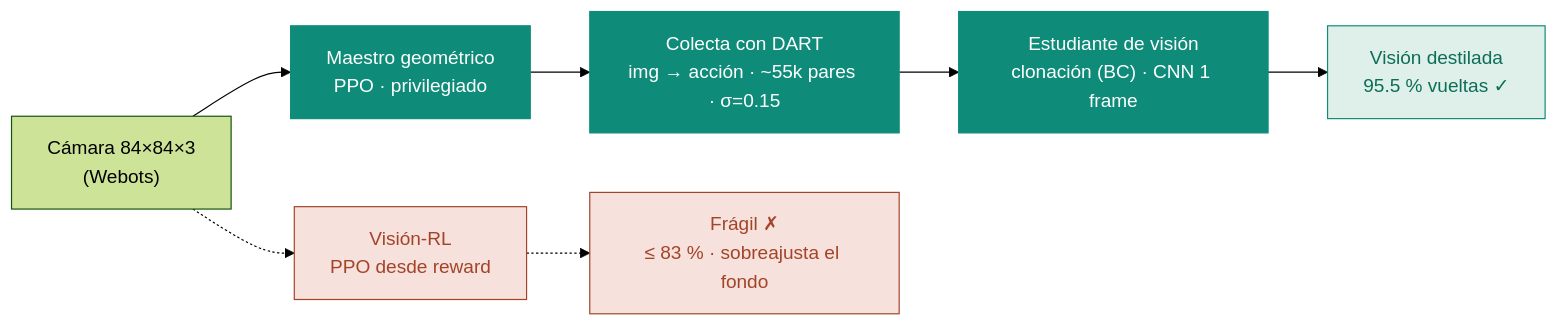
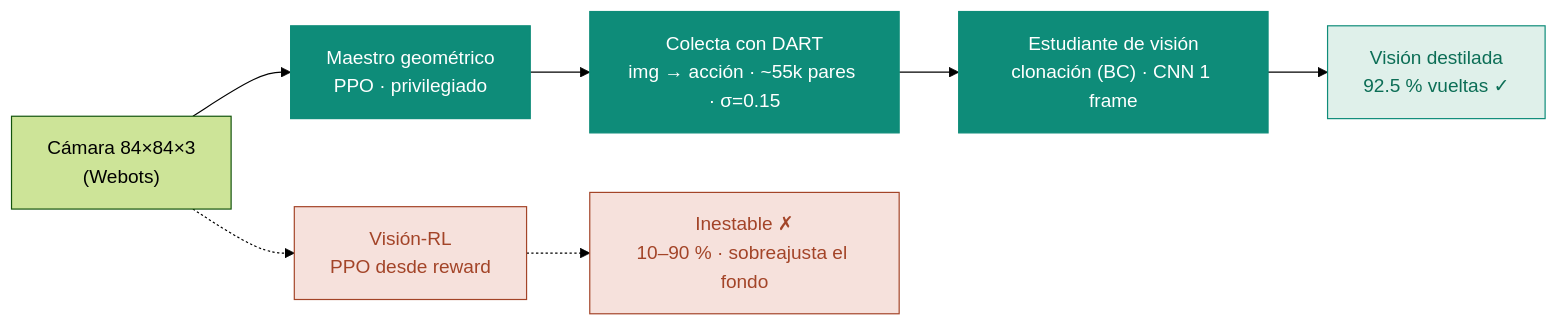
One commit to fluchetti45/deepracer changed the diagram in README.md. Above: the diagram before and after it, drawn with Mermaid (forest theme). The commit also changed other lines of this file and 9 other files, not shown here.

````diff
--- a/README.md
+++ b/README.md
@@ -49,17 +49,17 @@
 ```mermaid
 flowchart LR
     CAM["Cámara 84×84×3<br/>(Webots)"]
     CAM --> T["Maestro geométrico<br/>PPO · privilegiado"]
     CAM -.-> RL["Visión-RL<br/>PPO desde reward"]
     T --> D["Colecta con DART<br/>img → acción · ~55k pares · σ=0.15"]
     D --> S["Estudiante de visión<br/>clonación (BC) · CNN 1 frame"]
-    S --> OUT["Visión destilada<br/>95.5 % vueltas ✓"]
-    RL -.-> BAD["Frágil ✗<br/>≤ 83 % · sobreajusta el fondo"]
+    S --> OUT["Visión destilada<br/>92.5 % vueltas ✓"]
+    RL -.-> BAD["Inestable ✗<br/>10–90 % · sobreajusta el fondo"]
 
     classDef ours fill:#0E8C79,stroke:#0E8C79,color:#ffffff;
     classDef good fill:#DFF0EA,stroke:#0E8C79,color:#0C6E56;
     classDef bad fill:#F6E1DC,stroke:#A34428,color:#A34428;
     class T,D,S ours;
     class OUT good;
     class RL,BAD bad;
 ```
````
